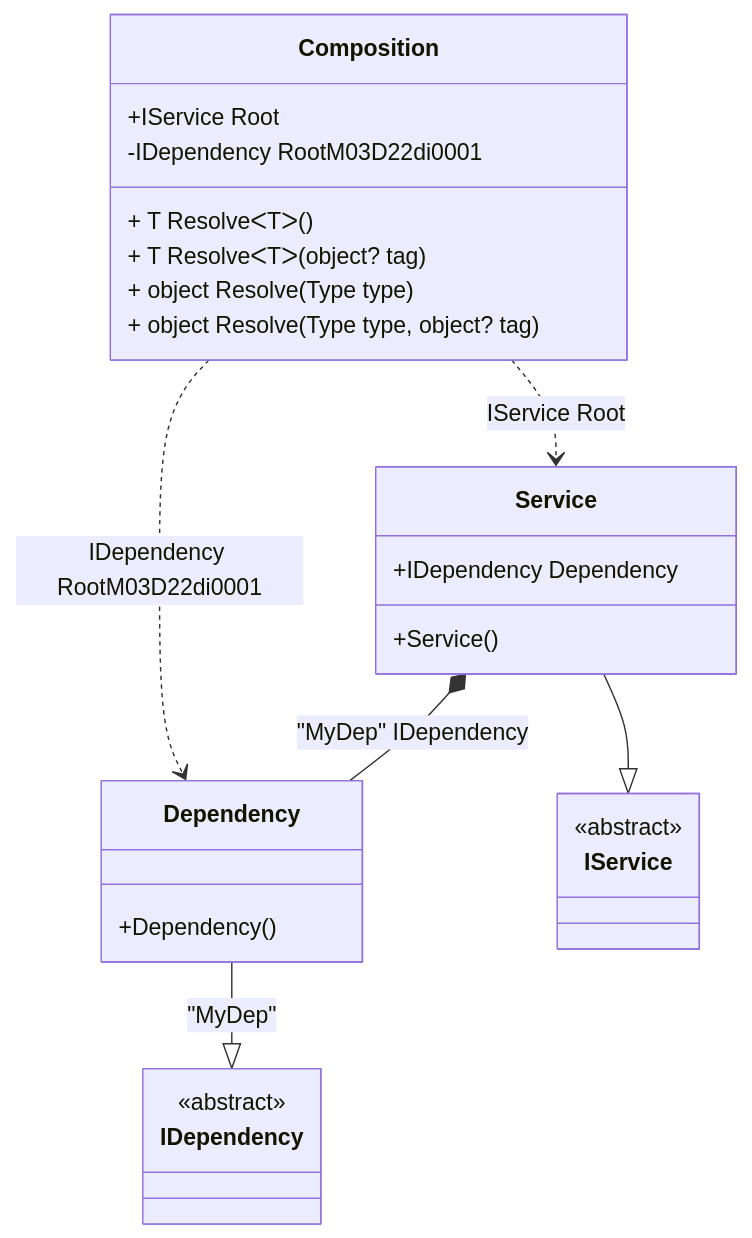
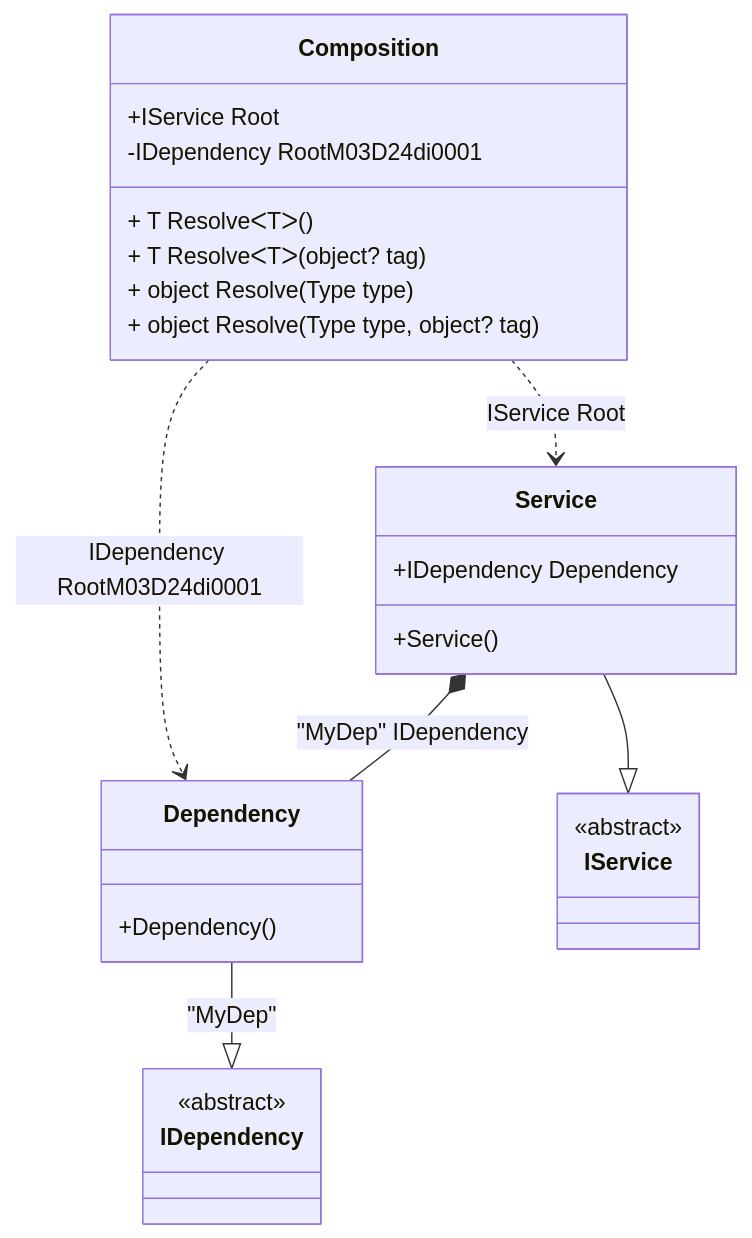
The diagram in readme/check-for-a-root.md (DevTeam/Pure.DI), drawn with Mermaid before and after one commit. The commit also changed other lines of this file and 78 other files, not shown here.

````diff
--- a/readme/check-for-a-root.md
+++ b/readme/check-for-a-root.md
@@ -63,29 +63,29 @@
 ```mermaid
 classDiagram
   class Composition {
     +IService Root
-    -IDependency RootM03D22di0001
+    -IDependency RootM03D24di0001
     + T ResolveᐸTᐳ()
     + T ResolveᐸTᐳ(object? tag)
     + object Resolve(Type type)
     + object Resolve(Type type, object? tag)
   }
   Dependency --|> IDependency : "MyDep" 
   class Dependency {
     +Dependency()
   }
   Service --|> IService : 
   class Service {
     +Service()
     +IDependency Dependency
   }
   class IDependency {
     <<abstract>>
   }
   class IService {
     <<abstract>>
   }
   Service *--  Dependency : "MyDep"  IDependency
-  Composition ..> Dependency : IDependency RootM03D22di0001
+  Composition ..> Dependency : IDependency RootM03D24di0001
   Composition ..> Service : IService Root
 ```
````
